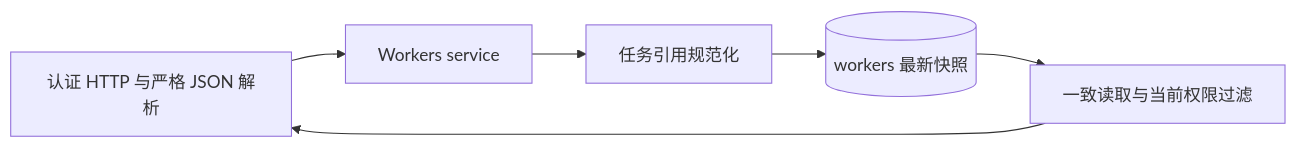
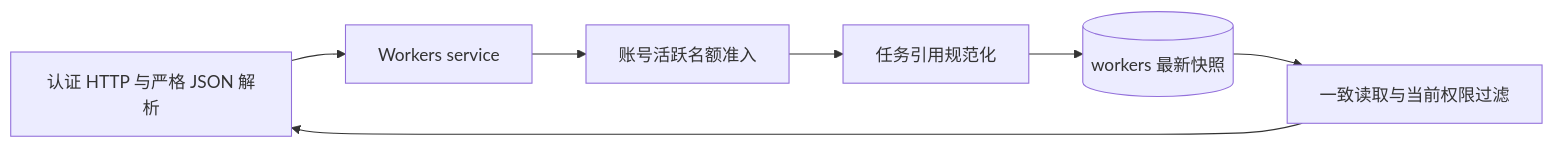
One commit to codetreker/daynight changed the diagram in docs/design/daynight-worker-snapshots.md. Above: the diagram before and after it, drawn with Mermaid. The commit also changed other lines of this file and 25 other files, not shown here.

````diff
--- a/docs/design/daynight-worker-snapshots.md
+++ b/docs/design/daynight-worker-snapshots.md
@@ -7,8 +7,9 @@
 ```mermaid
 flowchart LR
   H[认证 HTTP 与严格 JSON 解析] --> S[Workers service]
-  S --> N[任务引用规范化]
+  S --> A[账号活跃名额准入]
+  A --> N[任务引用规范化]
   N --> W[(workers 最新快照)]
   W --> Q[一致读取与当前权限过滤]
   Q --> H
 ```
````
